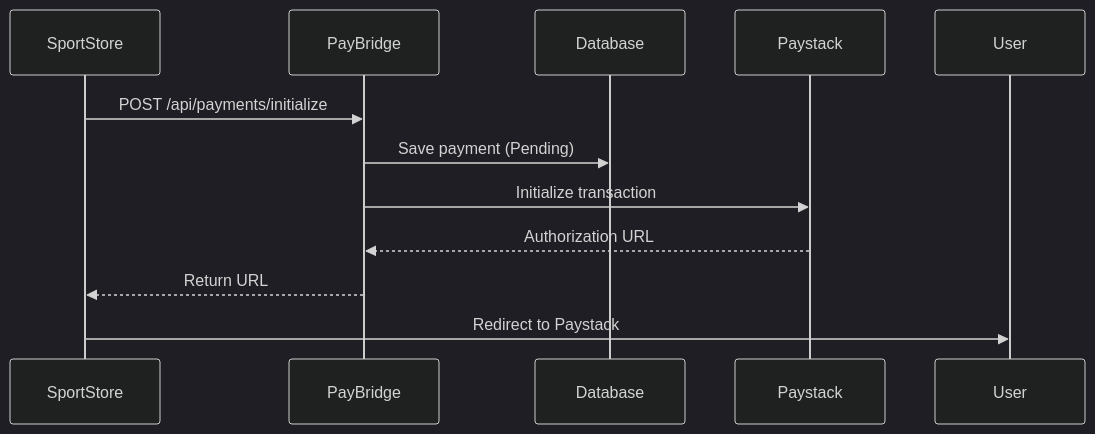
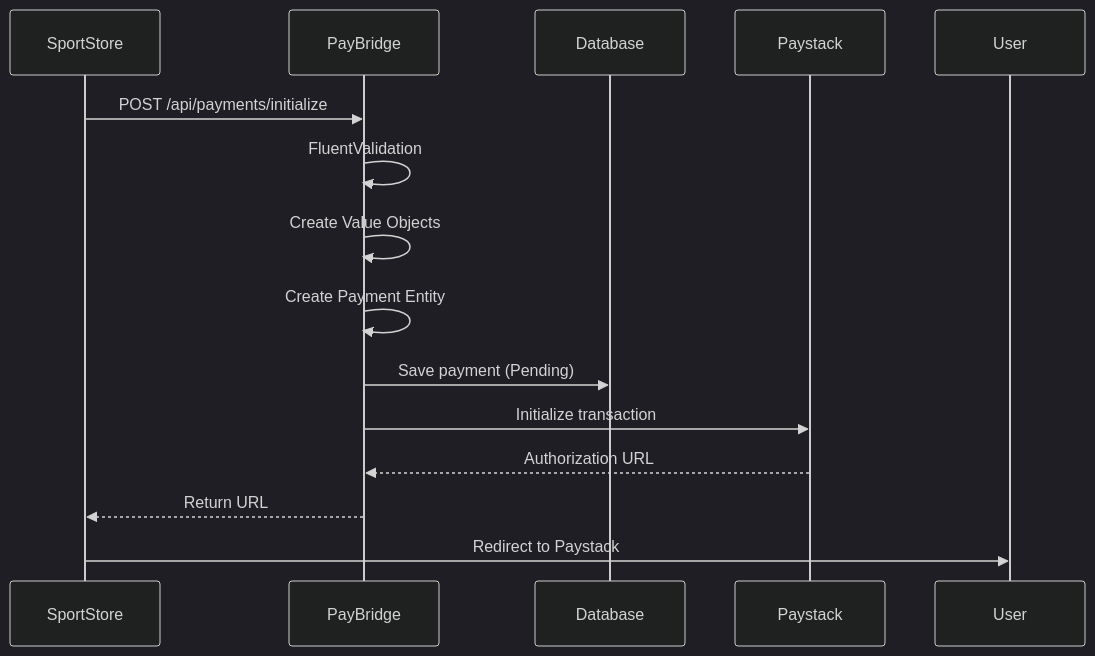
One commit to samuelcmbah/PayBridge changed the first of 2 diagrams in README.md. Above: the diagram before and after it, drawn with Mermaid (dark theme). The commit also changed other lines of this file, not shown here.

````diff
--- a/README.md
+++ b/README.md
@@ -208,14 +307,17 @@
 ```mermaid
 sequenceDiagram
     participant App as SportStore
     participant PB as PayBridge
     participant DB as Database
     participant PS as Paystack
     
     App->>PB: POST /api/payments/initialize
+    PB->>PB: FluentValidation
+    PB->>PB: Create Value Objects
+    PB->>PB: Create Payment Entity
     PB->>DB: Save payment (Pending)
     PB->>PS: Initialize transaction
     PS-->>PB: Authorization URL
     PB-->>App: Return URL
     App->>User: Redirect to Paystack
 ```
````
